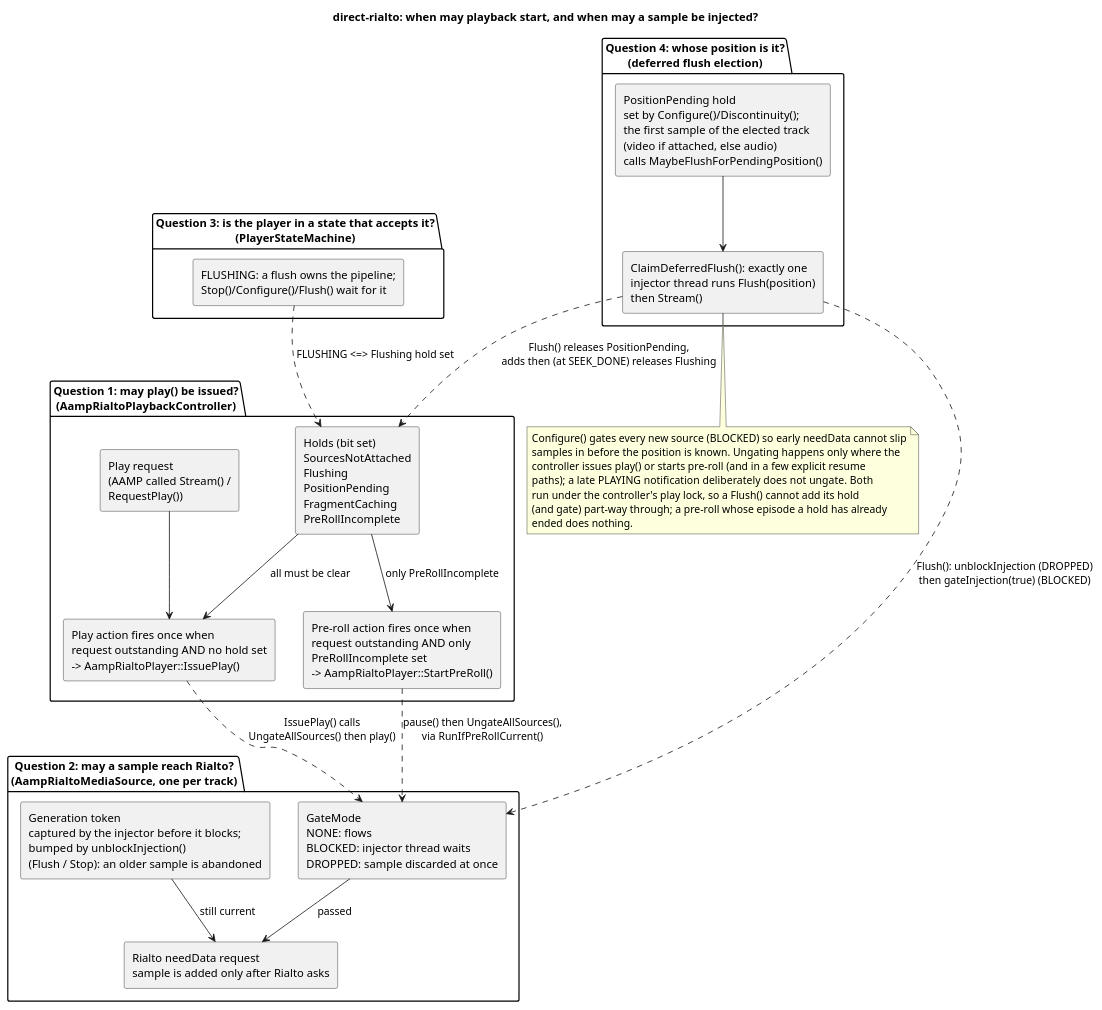
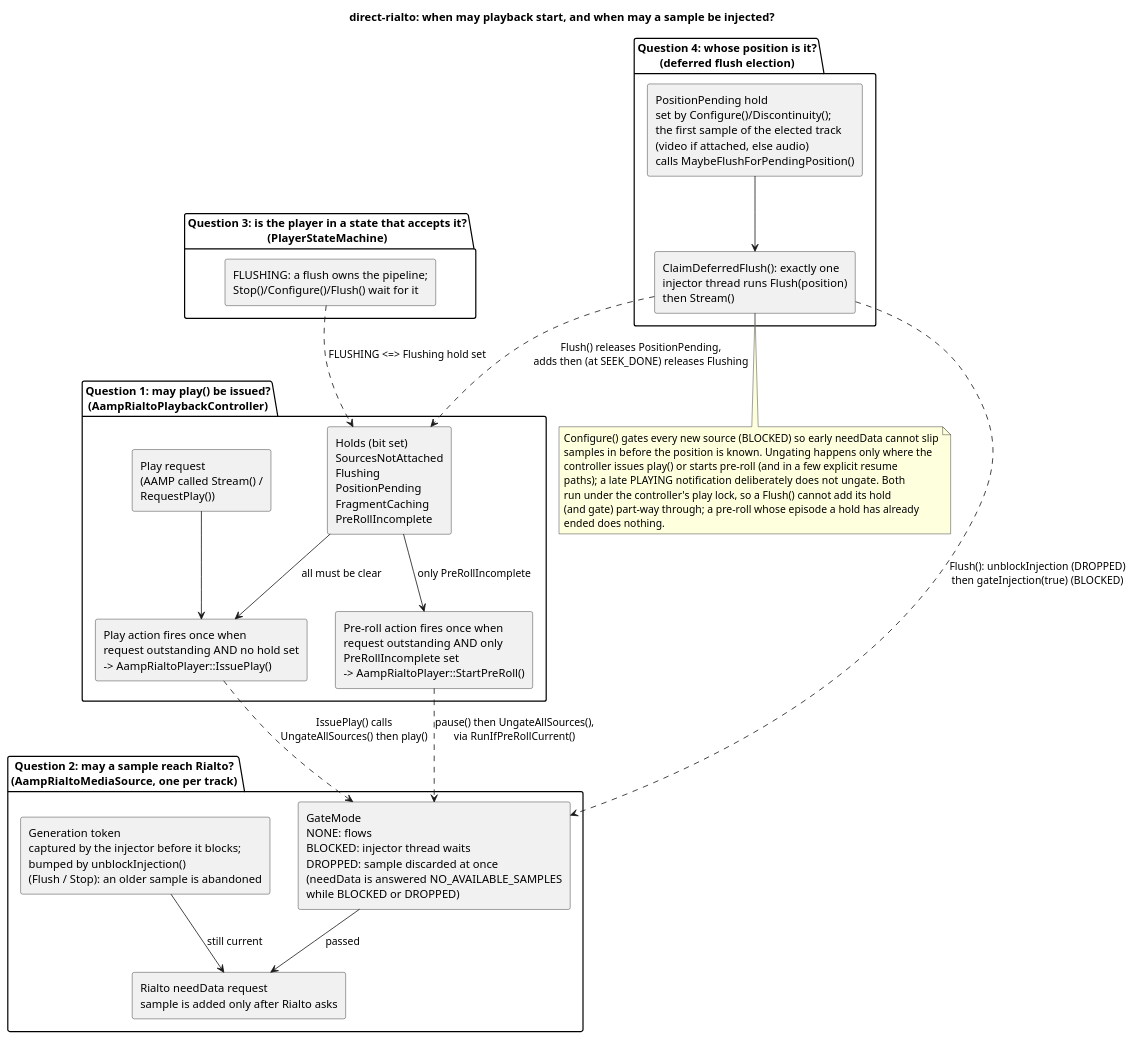
One commit to rdkcentral/aamp changed the diagram in docs/diagrams/direct-rialto-data-flow-gating.puml. Above: the diagram before and after it, drawn with PlantUML. The commit also changed 78 other files, not shown here.

```diff
--- a/docs/diagrams/direct-rialto-data-flow-gating.puml
+++ b/docs/diagrams/direct-rialto-data-flow-gating.puml
@@ -18,47 +18,47 @@
 @startuml direct-rialto-data-flow-gating
 title direct-rialto: when may playback start, and when may a sample be injected?
 
 package "Question 1: may play() be issued?\n(AampRialtoPlaybackController)" {
   rectangle "Play request\n(AAMP called Stream() /\nRequestPlay())" as REQ
   rectangle "Holds (bit set)\nSourcesNotAttached\nFlushing\nPositionPending\nFragmentCaching\nPreRollIncomplete" as HOLDS
   rectangle "Play action fires once when\nrequest outstanding AND no hold set\n-> AampRialtoPlayer::IssuePlay()" as FIRE
   rectangle "Pre-roll action fires once when\nrequest outstanding AND only\nPreRollIncomplete set\n-> AampRialtoPlayer::StartPreRoll()" as PREROLL
   REQ --> FIRE
   HOLDS --> FIRE : all must be clear
   HOLDS --> PREROLL : only PreRollIncomplete
 }
 
 package "Question 2: may a sample reach Rialto?\n(AampRialtoMediaSource, one per track)" {
-  rectangle "GateMode\nNONE: flows\nBLOCKED: injector thread waits\nDROPPED: sample discarded at once" as GATE
+  rectangle "GateMode\nNONE: flows\nBLOCKED: injector thread waits\nDROPPED: sample discarded at once\n(needData is answered NO_AVAILABLE_SAMPLES\nwhile BLOCKED or DROPPED)" as GATE
   rectangle "Generation token\ncaptured by the injector before it blocks;\nbumped by unblockInjection()\n(Flush / Stop): an older sample is abandoned" as GEN
   rectangle "Rialto needData request\nsample is added only after Rialto asks" as ND
   GATE --> ND : passed
   GEN --> ND : still current
 }
 
 package "Question 3: is the player in a state that accepts it?\n(PlayerStateMachine)" {
   rectangle "FLUSHING: a flush owns the pipeline;\nStop()/Configure()/Flush() wait for it" as ST
 }
 
 package "Question 4: whose position is it?\n(deferred flush election)" {
   rectangle "PositionPending hold\nset by Configure()/Discontinuity();\nthe first sample of the elected track\n(video if attached, else audio)\ncalls MaybeFlushForPendingPosition()" as ELECT
   rectangle "ClaimDeferredFlush(): exactly one\ninjector thread runs Flush(position)\nthen Stream()" as CLAIM
   ELECT --> CLAIM
 }
 
 FIRE ..> GATE : IssuePlay() calls\nUngateAllSources() then play()
 PREROLL ..> GATE : pause() then UngateAllSources(),\nvia RunIfPreRollCurrent()
 CLAIM ..> HOLDS : Flush() releases PositionPending,\nadds then (at SEEK_DONE) releases Flushing
 CLAIM ..> GATE : Flush(): unblockInjection (DROPPED)\nthen gateInjection(true) (BLOCKED)
 ST ..> HOLDS : FLUSHING <=> Flushing hold set
 
 note bottom
   Configure() gates every new source (BLOCKED) so early needData cannot slip
   samples in before the position is known.  Ungating happens only where the
   controller issues play() or starts pre-roll (and in a few explicit resume
   paths); a late PLAYING notification deliberately does not ungate.  Both
   run under the controller's play lock, so a Flush() cannot add its hold
   (and gate) part-way through; a pre-roll whose episode a hold has already
   ended does nothing.
 end note
 @enduml
```
